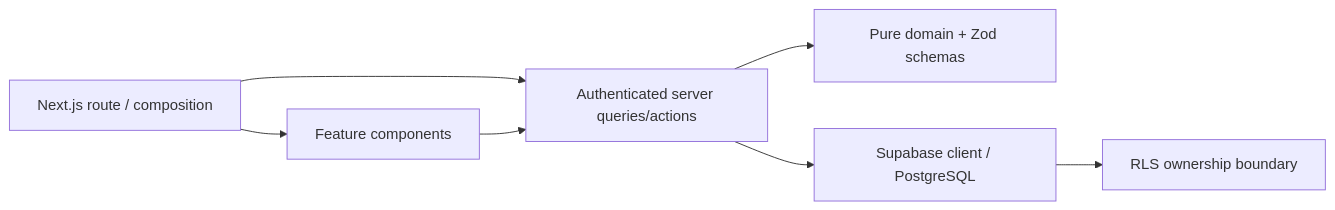
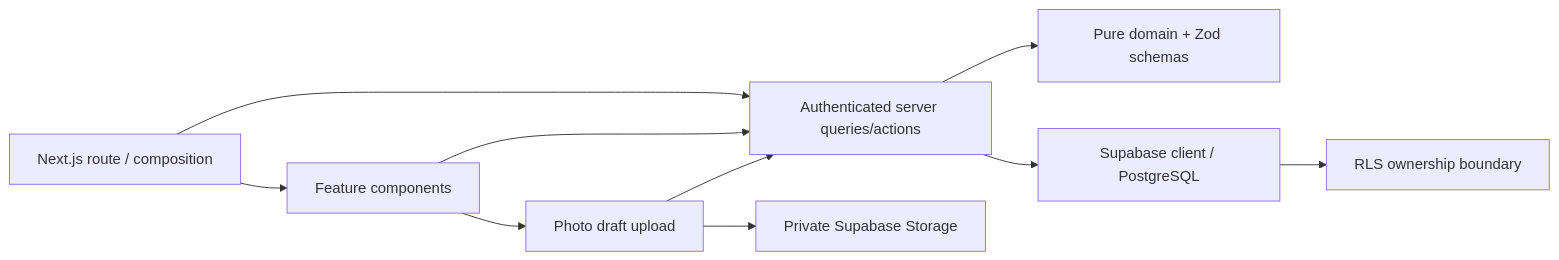
One commit to yt-hsgw/Life-Inventory changed the first of 2 diagrams in docs/Architecture.md. Above: the diagram before and after it, drawn with Mermaid. The commit also changed other lines of this file and 36 other files, not shown here.

````diff
--- a/docs/Architecture.md
+++ b/docs/Architecture.md
@@ -7,9 +7,12 @@
 ```mermaid
 flowchart LR
   Route["Next.js route / composition"] --> UI["Feature components"]
   Route --> Server["Authenticated server queries/actions"]
   UI --> Server
   Server --> Domain["Pure domain + Zod schemas"]
   Server --> Supabase["Supabase client / PostgreSQL"]
   Supabase --> RLS["RLS ownership boundary"]
+  UI --> PhotoDraft["Photo draft upload"]
+  PhotoDraft --> Storage["Private Supabase Storage"]
+  PhotoDraft --> Server
 ```
````
